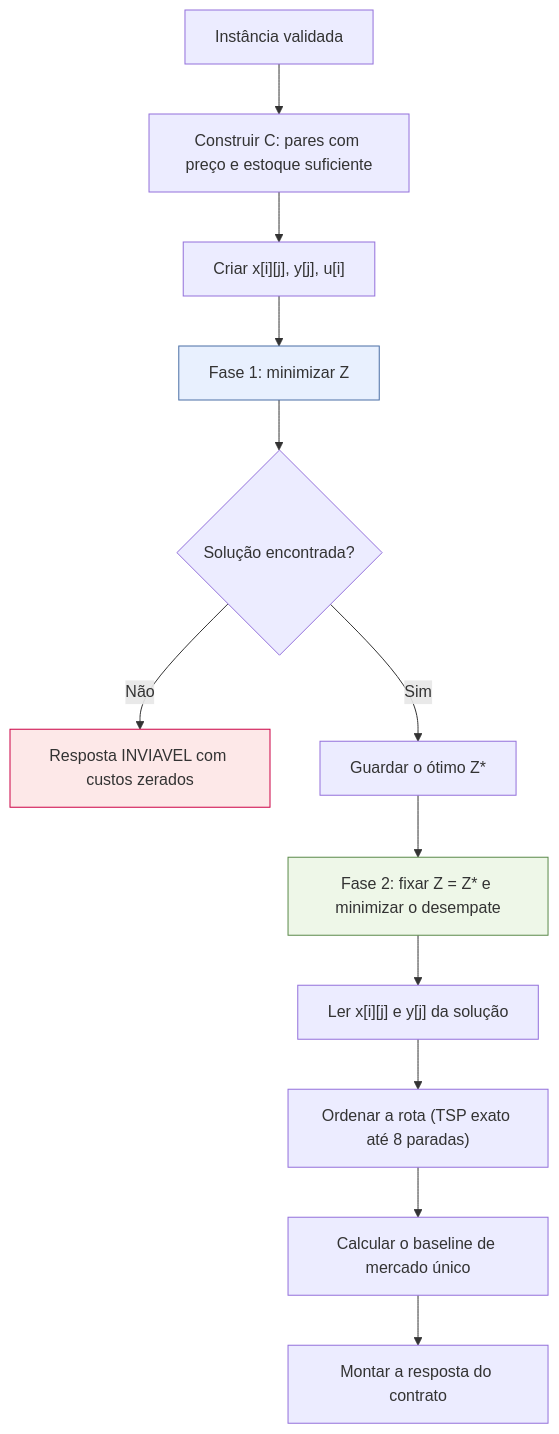
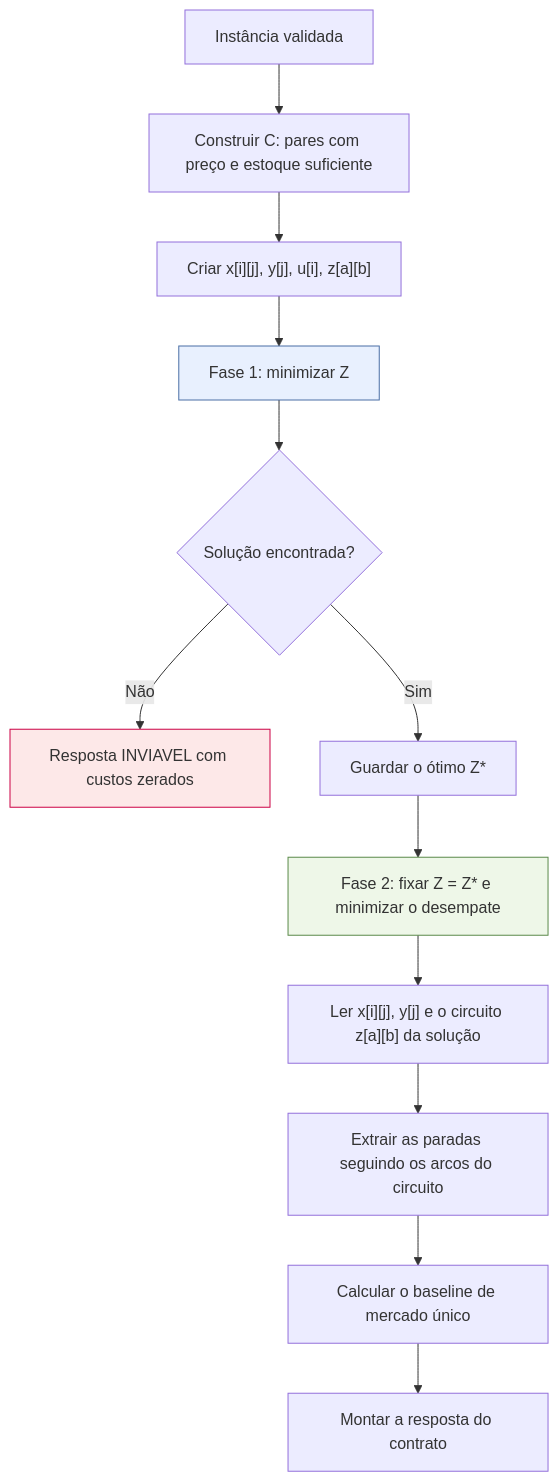
One commit to chroanz/sad-tcc changed the third of 4 diagrams in modelo/docs/formulacao-matematica.md. Above: the diagram before and after it, drawn with Mermaid. The commit also changed other lines of this file and 13 other files, not shown here.

````diff
--- a/modelo/docs/formulacao-matematica.md
+++ b/modelo/docs/formulacao-matematica.md
@@ -211,18 +283,18 @@
 ```mermaid
 flowchart TD
     A["Instância validada"] --> B["Construir C: pares com preço e estoque suficiente"]
-    B --> C["Criar x[i][j], y[j], u[i]"]
+    B --> C["Criar x[i][j], y[j], u[i], z[a][b]"]
     C --> D["Fase 1: minimizar Z"]
     D --> E{"Solução encontrada?"}
     E -->|"Não"| F["Resposta INVIAVEL com custos zerados"]
     E -->|"Sim"| G["Guardar o ótimo Z*"]
     G --> H["Fase 2: fixar Z = Z* e minimizar o desempate"]
-    H --> I["Ler x[i][j] e y[j] da solução"]
-    I --> J["Ordenar a rota (TSP exato até 8 paradas)"]
+    H --> I["Ler x[i][j], y[j] e o circuito z[a][b] da solução"]
+    I --> J["Extrair as paradas seguindo os arcos do circuito"]
     J --> K["Calcular o baseline de mercado único"]
     K --> L["Montar a resposta do contrato"]
 
     style D fill:#e8f0fe,stroke:#4a6fa5
     style H fill:#eef7e8,stroke:#5a8a4a
     style F fill:#fde8e8,stroke:#c04
 ```
````
